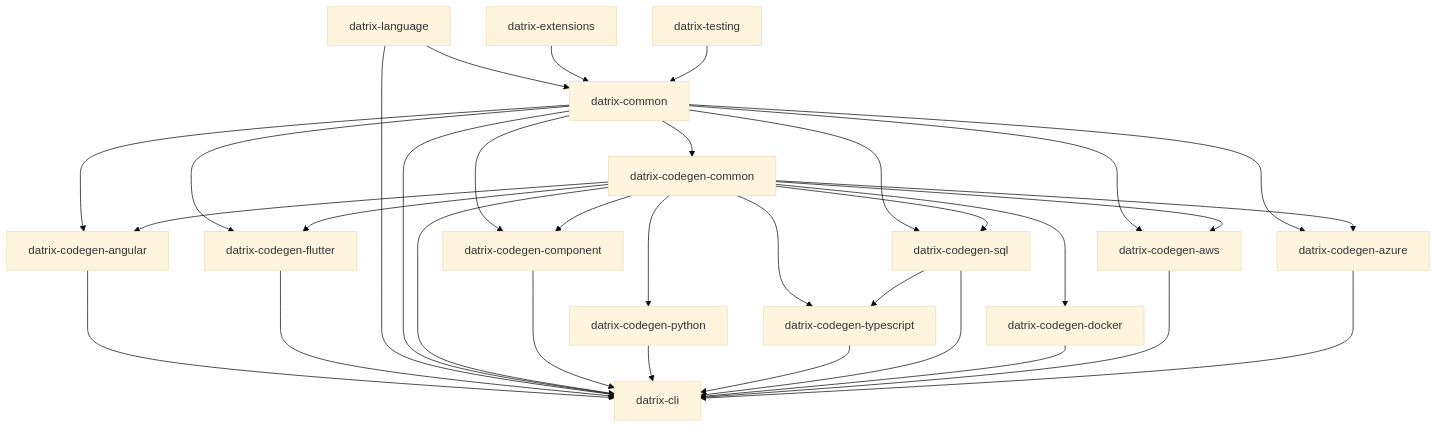
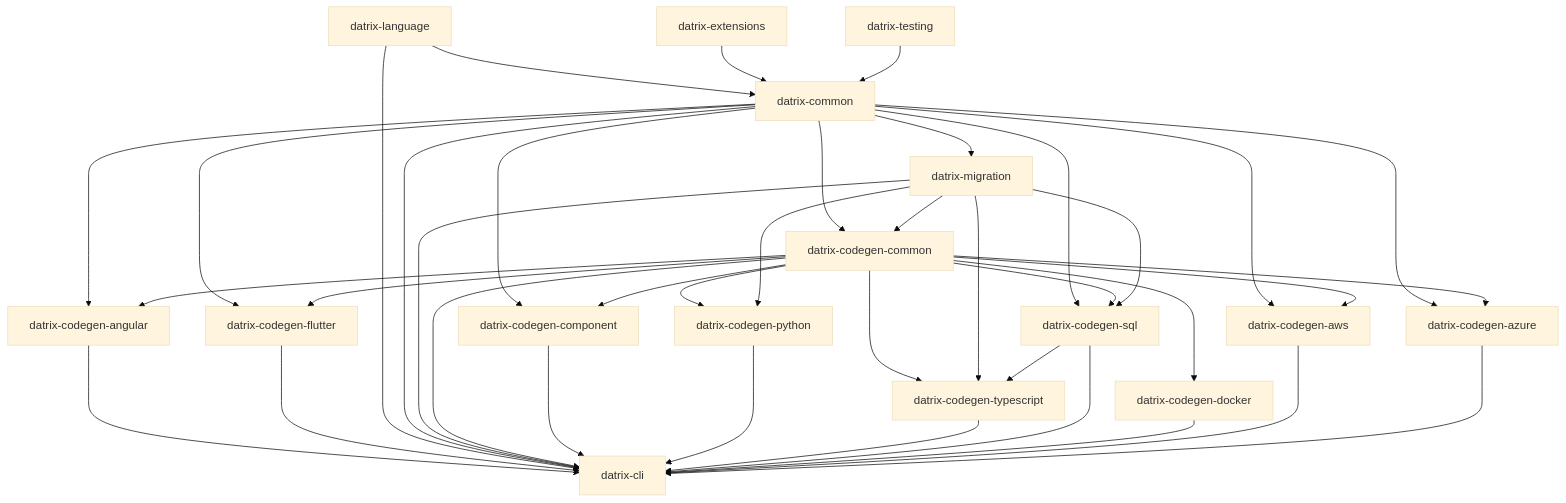
Before and after one commit to keturk/datrix: the diagram in docs/architecture/architecture-overview.md, drawn with Mermaid (base theme). The commit also changed other lines of this file and 4 other files, not shown here.

First line of the commit message:
Document datrix-migration package and update architecture references

````diff
--- a/docs/architecture/architecture-overview.md
+++ b/docs/architecture/architecture-overview.md
@@ -68,36 +68,42 @@
 ```mermaid
 graph TD
  A[datrix-common]
  B[datrix-language] --> A
  L[datrix-extensions] --> A
  T[datrix-testing] --> A
+ A --> M[datrix-migration]
  A --> CC[datrix-codegen-component]
  A --> CGC[datrix-codegen-common]
+ M --> CGC
  CGC --> CC
  CGC --> D[datrix-codegen-python]
+ M --> D
  CGC --> E[datrix-codegen-typescript]
+ M --> E
  A --> F[datrix-codegen-sql]
  CGC --> F
+ M --> F
  F --> E
  CGC --> G[datrix-codegen-docker]
  A --> ANG[datrix-codegen-angular]
  CGC --> ANG
  ANG --> K
  A --> FL[datrix-codegen-flutter]
  CGC --> FL
  FL --> K
  A --> I[datrix-codegen-aws]
  CGC --> I
  A --> J[datrix-codegen-azure]
  CGC --> J
  B --> K[datrix-cli]
  A --> K
+ M --> K
  CGC --> K
  CC --> K
  D --> K
  E --> K
  F --> K
  G --> K
  I --> K
  J --> K
 ```
````
